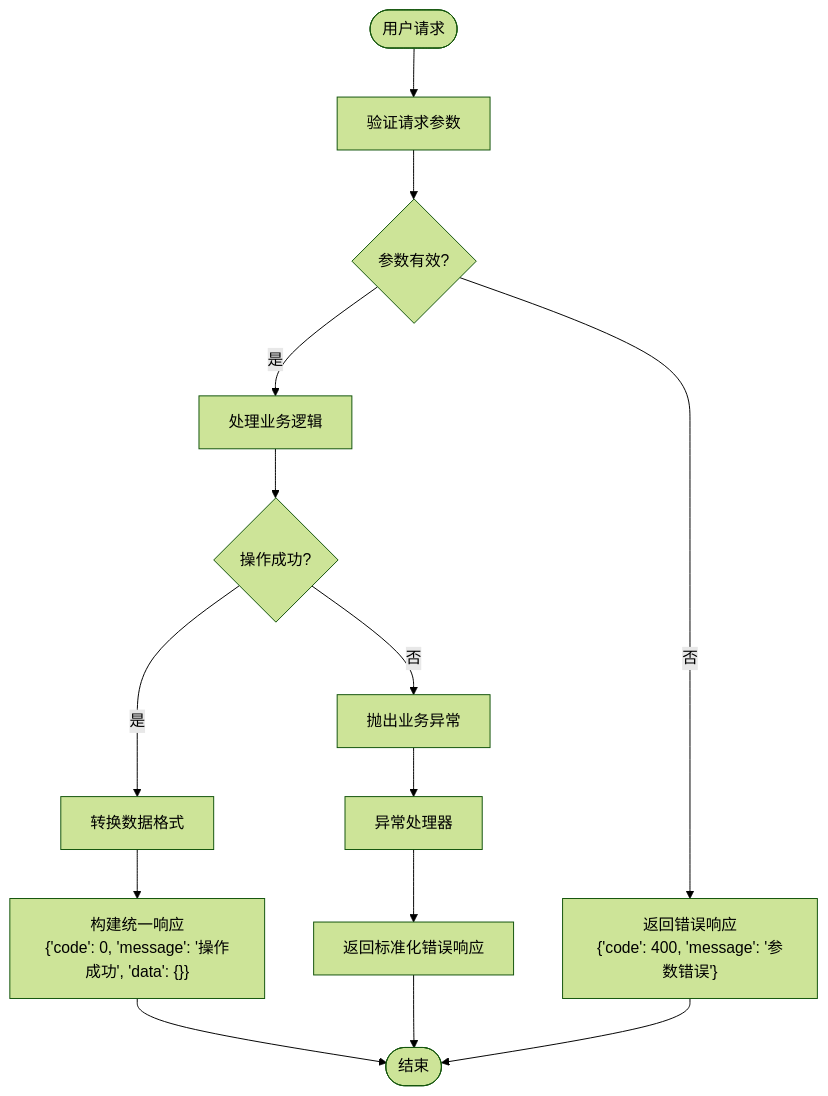
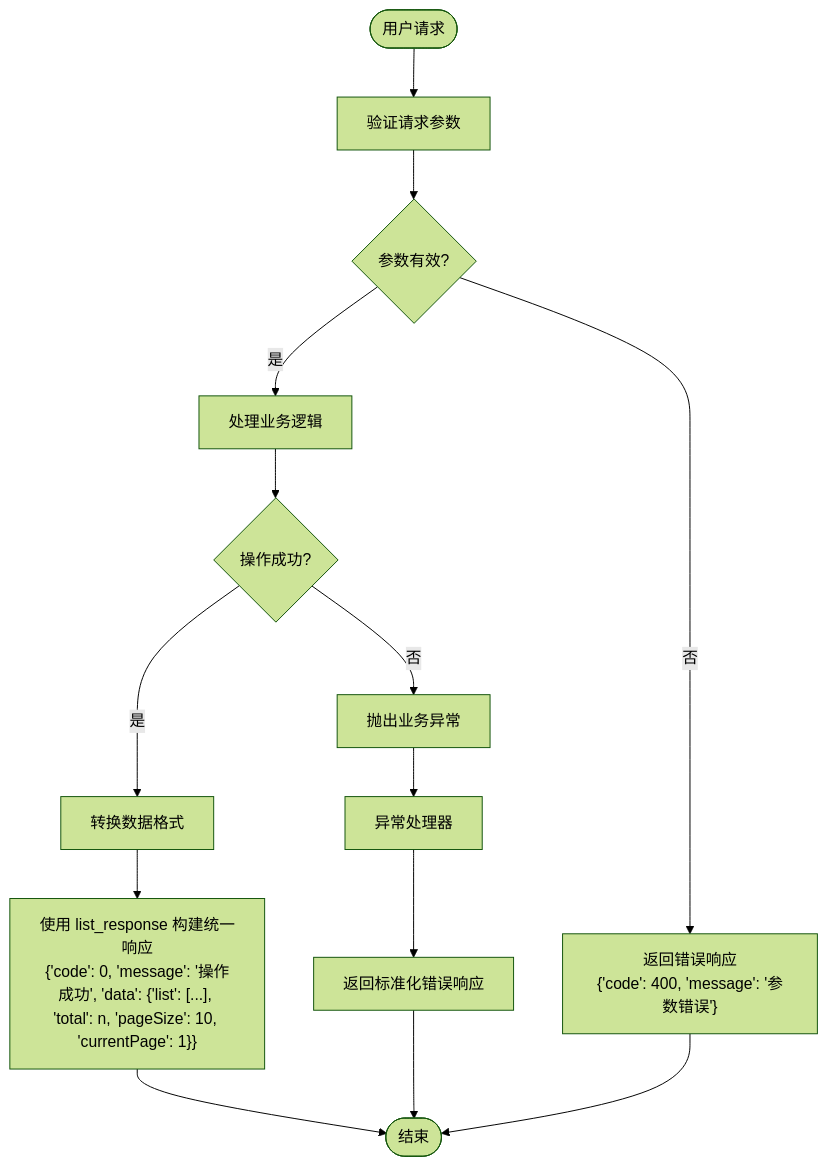
One commit to taoweidong/Hello-FastApi changed the sixth of 9 diagrams in .qoder/repowiki/zh/content/Api Response Standards.md. Above: the diagram before and after it, drawn with Mermaid (forest theme). The commit also changed other lines of this file and 71 other files, not shown here.

````diff
--- a/.qoder/repowiki/zh/content/Api Response Standards.md
+++ b/.qoder/repowiki/zh/content/Api Response Standards.md
@@ -260,16 +272,16 @@
 ```mermaid
 flowchart TD
 Start([用户请求]) --> Validate["验证请求参数"]
 Validate --> Valid{"参数有效?"}
 Valid --> |否| ErrorResponse["返回错误响应<br/>{'code': 400, 'message': '参数错误'}"]
 Valid --> |是| Process["处理业务逻辑"]
 Process --> Success{"操作成功?"}
 Success --> |否| BusinessError["抛出业务异常"]
 Success --> |是| Transform["转换数据格式"]
-Transform --> Response["构建统一响应<br/>{'code': 0, 'message': '操作成功', 'data': {}}"]
+Transform --> ListResponse["使用 list_response 构建统一响应<br/>{'code': 0, 'message': '操作成功', 'data': {'list': [...], 'total': n, 'pageSize': 10, 'currentPage': 1}}"]
 BusinessError --> ErrorHandler["异常处理器"]
 ErrorHandler --> ErrorResp["返回标准化错误响应"]
-Response --> End([结束])
+ListResponse --> End([结束])
 ErrorResp --> End
 ErrorResponse --> End
 ```
````
